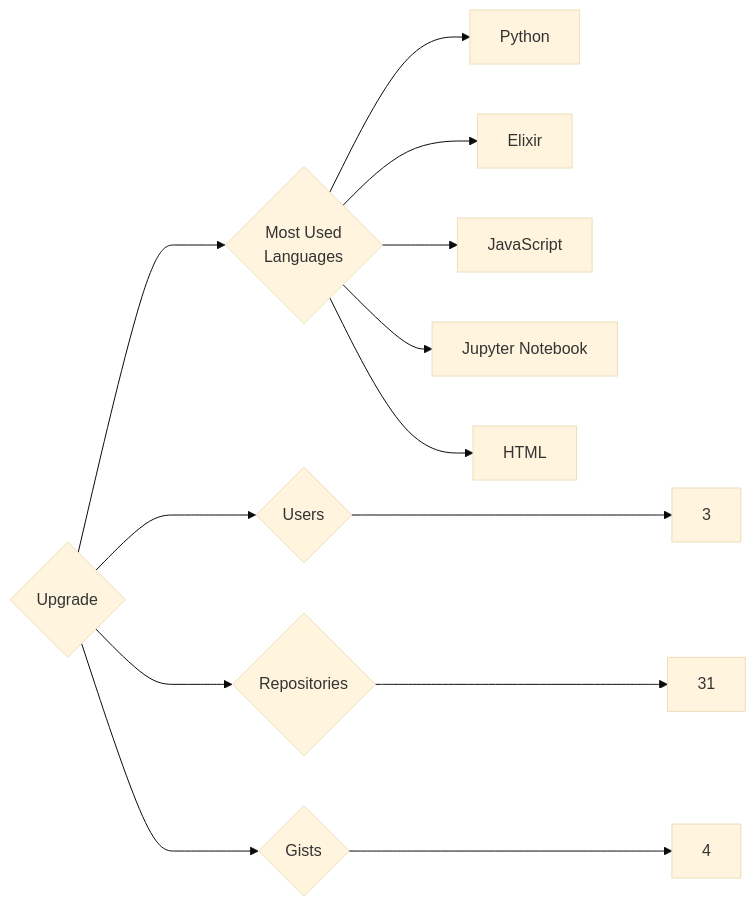
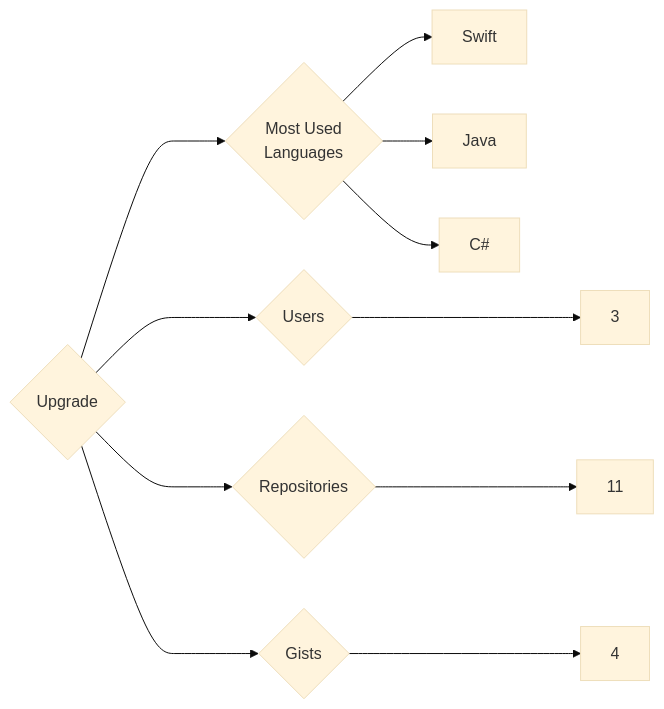
Before and after one commit to trickest/insiders: the diagram in targets/Upgrade/README.md, drawn with Mermaid (base theme). The commit also changed 895 other files, not shown here.

````diff
--- a/targets/Upgrade/README.md
+++ b/targets/Upgrade/README.md
@@ -3,13 +3,11 @@
 ```mermaid
 graph LR
 COMPANY_NAME{Upgrade}
 COMPANY_NAME ---> U{Users} ---> UN[3]
-COMPANY_NAME ---> R{Repositories} ---> RN[31]
+COMPANY_NAME ---> R{Repositories} ---> RN[11]
 COMPANY_NAME ---> G{Gists} ---> GN[4]
 COMPANY_NAME ---> ML{Most Used<br>Languages}
-ML --> Python[Python]
-ML --> Elixir[Elixir]
-ML --> JavaScript[JavaScript]
-ML --> Jupyter_Notebook[Jupyter Notebook]
-ML --> HTML[HTML]
+ML --> Swift[Swift]
+ML --> Java[Java]
+ML --> C#[C#]
 ```
````
